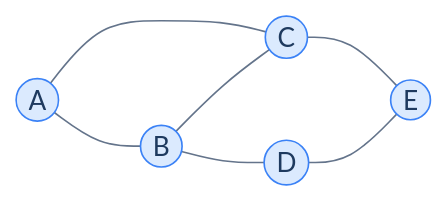
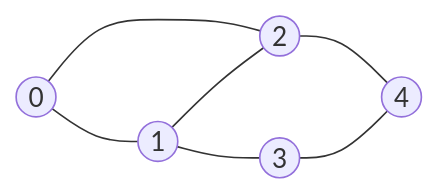
One commit to ani2fun/codefolio changed the diagram in content/cortex/data-structures-and-algorithms/04-graphs/02-adjacency-matrix-representation.md. Above: the diagram before and after it, drawn with Mermaid. The commit also changed other lines of this file and 1049 other files, not shown here.

````diff
--- a/content/cortex/data-structures-and-algorithms/04-graphs/02-adjacency-matrix-representation.md
+++ b/content/cortex/data-structures-and-algorithms/04-graphs/02-adjacency-matrix-representation.md
@@ -38,20 +55,9 @@
 ```mermaid
----
-config:
-  theme: base
-  themeVariables:
-    primaryColor: "#dbeafe"
-    primaryBorderColor: "#3b82f6"
-    primaryTextColor: "#1e3a5f"
-    lineColor: "#64748b"
-    secondaryColor: "#ede9fe"
-    tertiaryColor: "#fef9c3"
----
 flowchart LR
-    A((A)) --- B((B))
-    A --- C((C))
+    A((0)) --- B((1))
+    A --- C((2))
     B --- C
-    B --- D((D))
-    C --- E((E))
+    B --- D((3))
+    C --- E((4))
     D --- E
 ```
````
